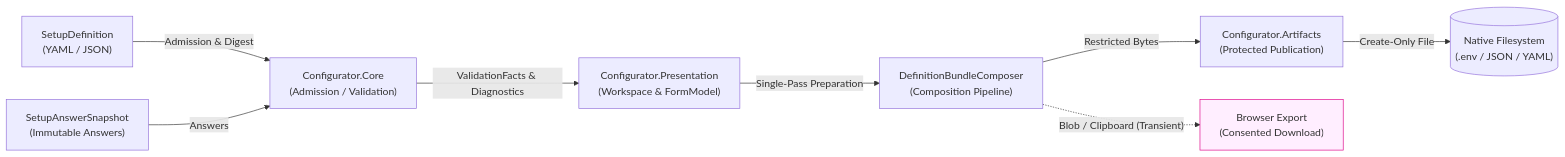
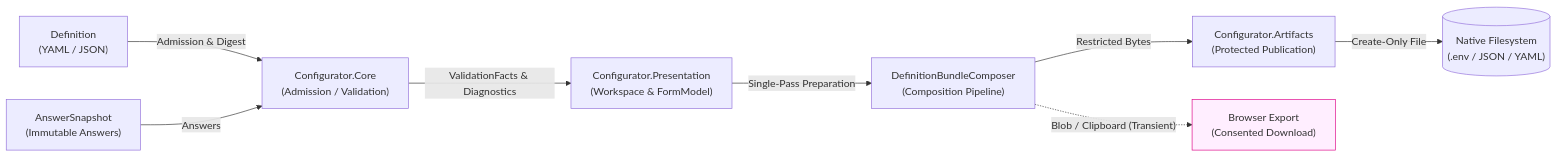
The second of 2 diagrams in docs/internal/ARCHITECTURE.md (islamu-ngo/Configurator), drawn with Mermaid before and after one commit. The commit also changed other lines of this file and 332 other files, not shown here.

First line of the commit message:
refactor(architecture)!: replace obsolete setup contract names

````diff
--- a/docs/internal/ARCHITECTURE.md
+++ b/docs/internal/ARCHITECTURE.md
@@ -75,13 +75,13 @@
 ```mermaid
 flowchart LR
-    DEF["SetupDefinition<br/>(YAML / JSON)"] -->|"Admission & Digest"| CORE["Configurator.Core<br/>(Admission / Validation)"]
-    ANS["SetupAnswerSnapshot<br/>(Immutable Answers)"] -->|"Answers"| CORE
+    DEF["Definition<br/>(YAML / JSON)"] -->|"Admission & Digest"| CORE["Configurator.Core<br/>(Admission / Validation)"]
+    ANS["AnswerSnapshot<br/>(Immutable Answers)"] -->|"Answers"| CORE
     CORE -->|"ValidationFacts & Diagnostics"| PRES["Configurator.Presentation<br/>(Workspace & FormModel)"]
     PRES -->|"Single-Pass Preparation"| COMP["DefinitionBundleComposer<br/>(Composition Pipeline)"]
     COMP -->|"Restricted Bytes"| ART["Configurator.Artifacts<br/>(Protected Publication)"]
     ART -->|"Create-Only File"| DISK[("Native Filesystem<br/>(.env / JSON / YAML)")]
     COMP -.->|"Blob / Clipboard (Transient)"| BROWSER_EXP["Browser Export<br/>(Consented Download)"]
 
     classDef transient fill:#fef,stroke:#d08;
     class BROWSER_EXP transient;
 ```
````
